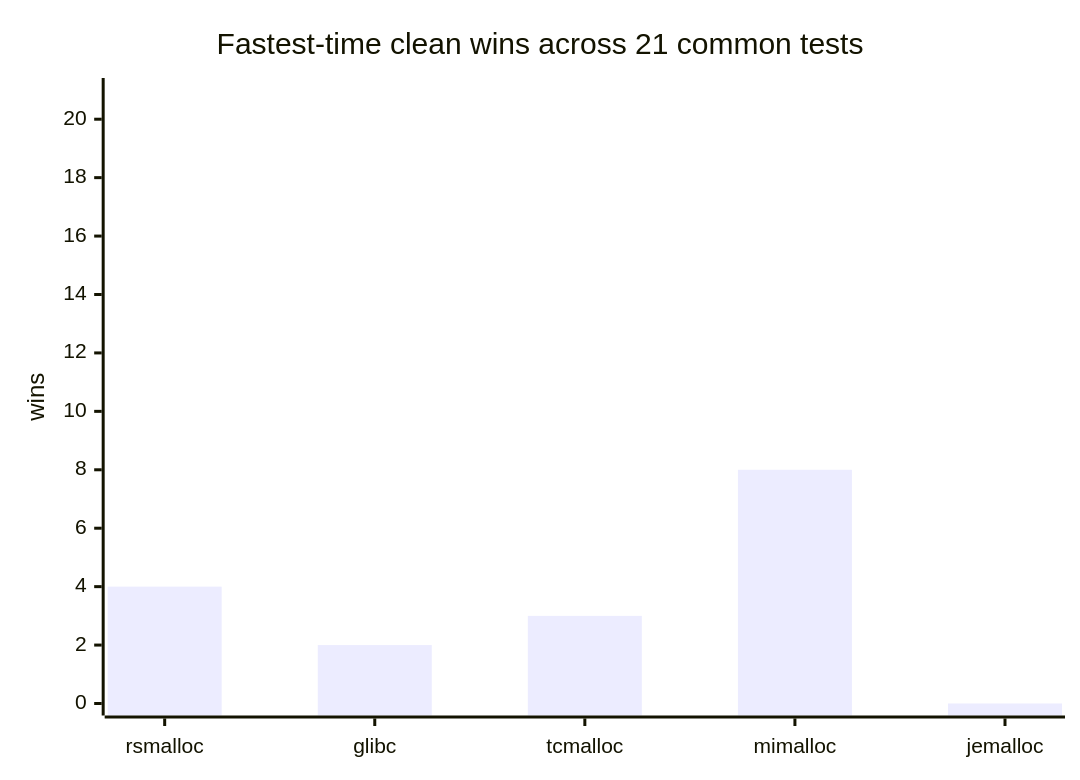
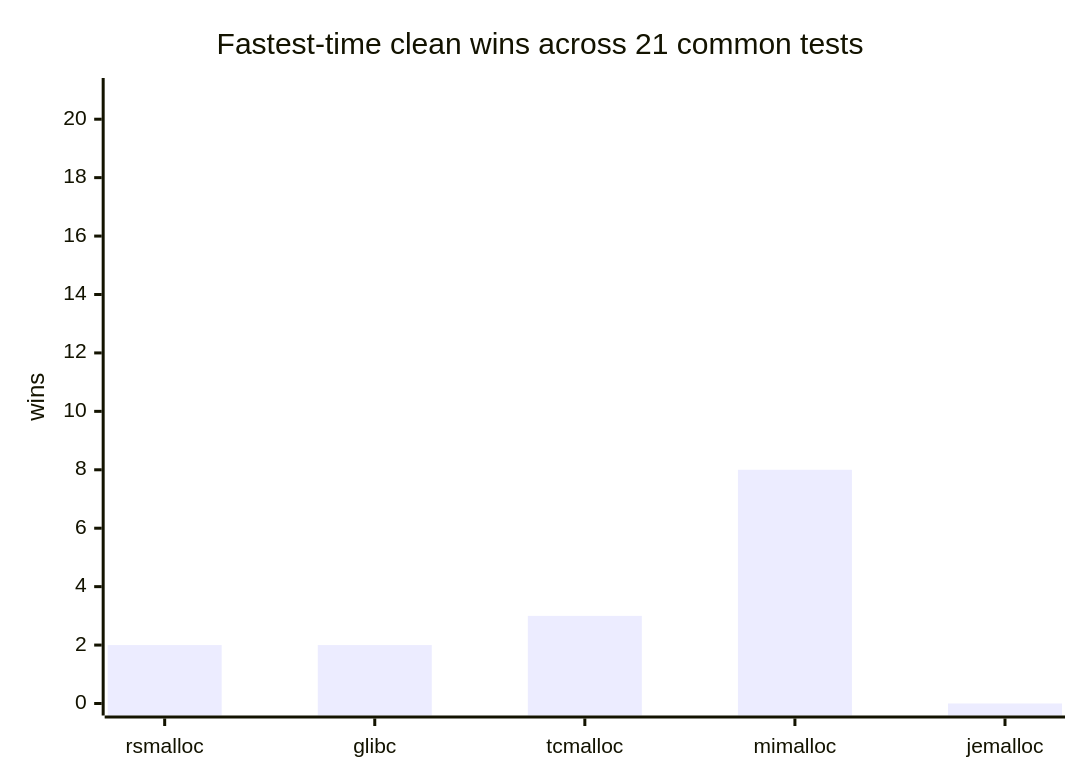
The first of 8 diagrams in benchmarks/benchmarks.md (Metehan120/rsmalloc), drawn with Mermaid before and after one commit. The commit also changed other lines of this file and 2 other files, not shown here.

````diff
--- a/benchmarks/benchmarks.md
+++ b/benchmarks/benchmarks.md
@@ -77,7 +79,7 @@
 ```mermaid
 xychart-beta
     title "Fastest-time clean wins across 21 common tests"
     x-axis [rsmalloc, glibc, tcmalloc, mimalloc, jemalloc]
     y-axis "wins" 0 --> 21
-    bar [4, 2, 3, 8, 0]
+    bar [2, 2, 3, 8, 0]
 ```
````
